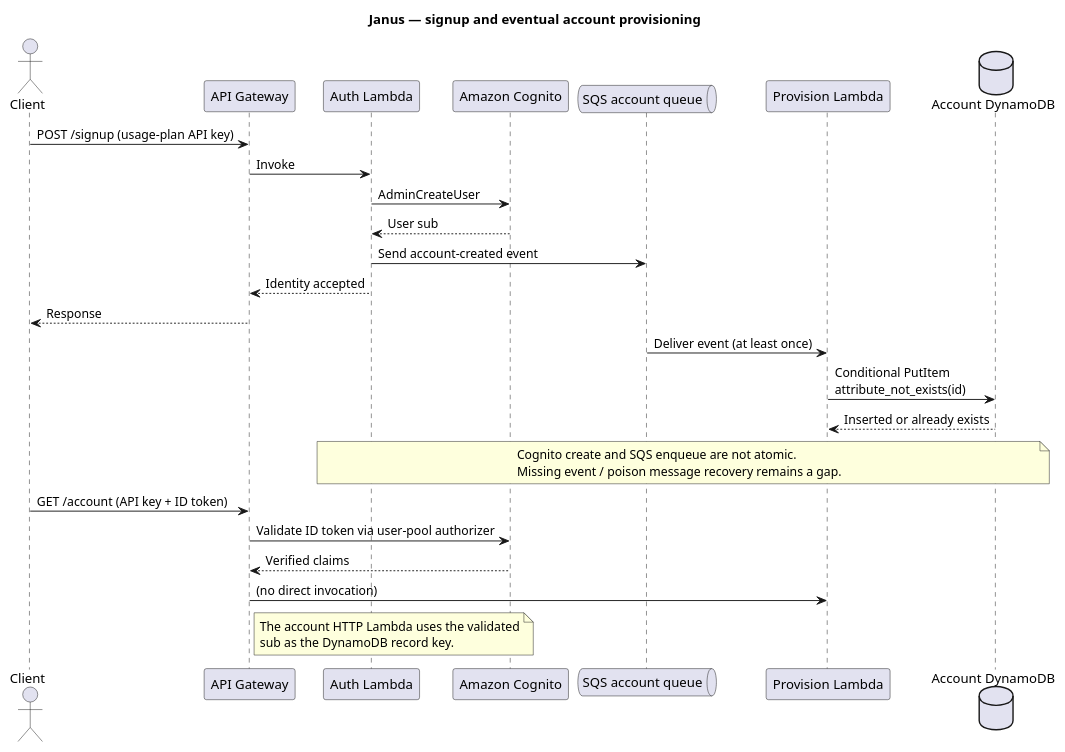
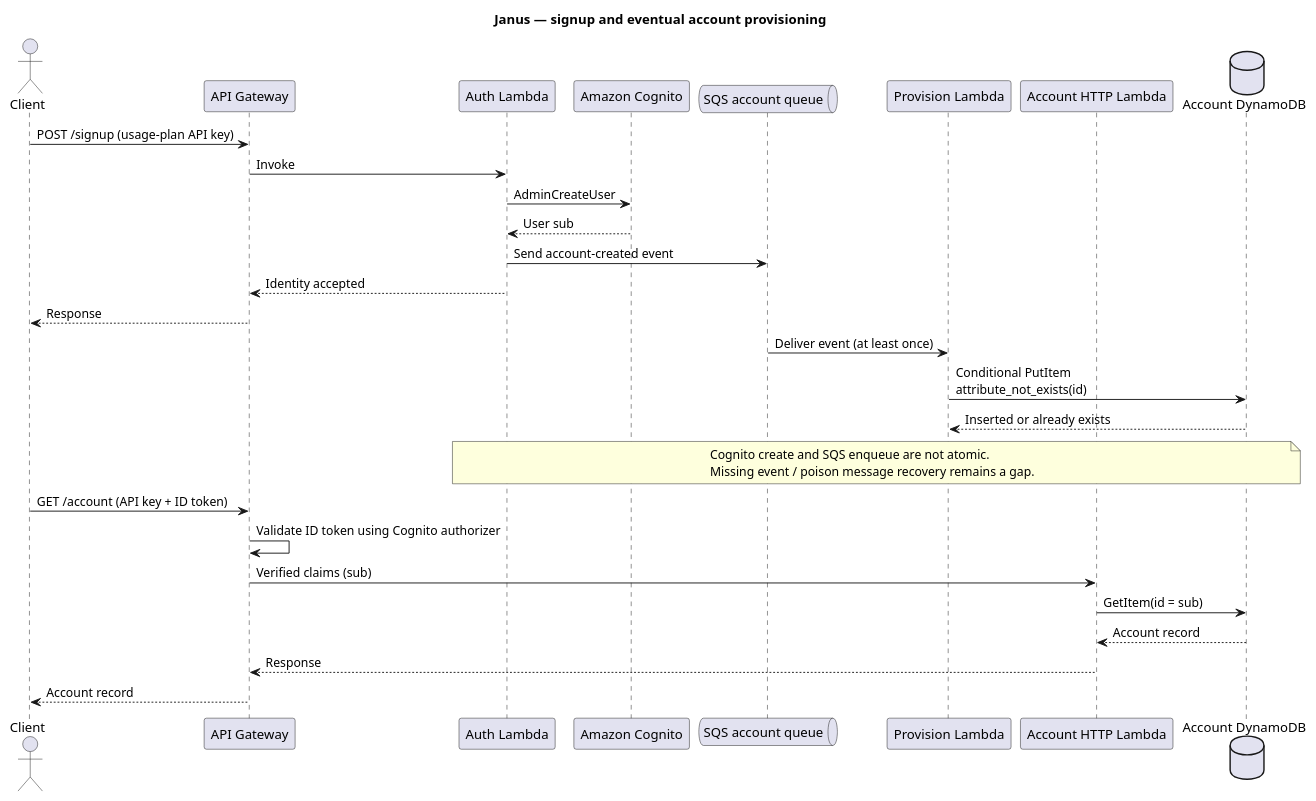
Before and after one commit to ryjen/janus-api: the diagram in docs/signupsequence.plantuml, drawn with PlantUML.

Commit message:
docs: correct account read flow in architecture sequence

```diff
--- a/docs/signupsequence.plantuml
+++ b/docs/signupsequence.plantuml
@@ -1,32 +1,32 @@
 @startuml
 title Janus — signup and eventual account provisioning
 actor Client
 participant "API Gateway" as Gateway
 participant "Auth Lambda" as Auth
 participant "Amazon Cognito" as Cognito
 queue "SQS account queue" as Queue
 participant "Provision Lambda" as Provision
+participant "Account HTTP Lambda" as AccountRead
 database "Account DynamoDB" as DB
 Client -> Gateway: POST /signup (usage-plan API key)
 Gateway -> Auth: Invoke
 Auth -> Cognito: AdminCreateUser
 Cognito --> Auth: User sub
 Auth -> Queue: Send account-created event
 Auth --> Gateway: Identity accepted
 Gateway --> Client: Response
 Queue -> Provision: Deliver event (at least once)
 Provision -> DB: Conditional PutItem\nattribute_not_exists(id)
 DB --> Provision: Inserted or already exists
 note over Auth, DB
 Cognito create and SQS enqueue are not atomic.
 Missing event / poison message recovery remains a gap.
 end note
 Client -> Gateway: GET /account (API key + ID token)
-Gateway -> Cognito: Validate ID token via user-pool authorizer
-Cognito --> Gateway: Verified claims
-Gateway -> Provision: (no direct invocation)
-note right of Gateway
-The account HTTP Lambda uses the validated
-sub as the DynamoDB record key.
-end note
+Gateway -> Gateway: Validate ID token using Cognito authorizer
+Gateway -> AccountRead: Verified claims (sub)
+AccountRead -> DB: GetItem(id = sub)
+DB --> AccountRead: Account record
+AccountRead --> Gateway: Response
+Gateway --> Client: Account record
 @enduml
```
